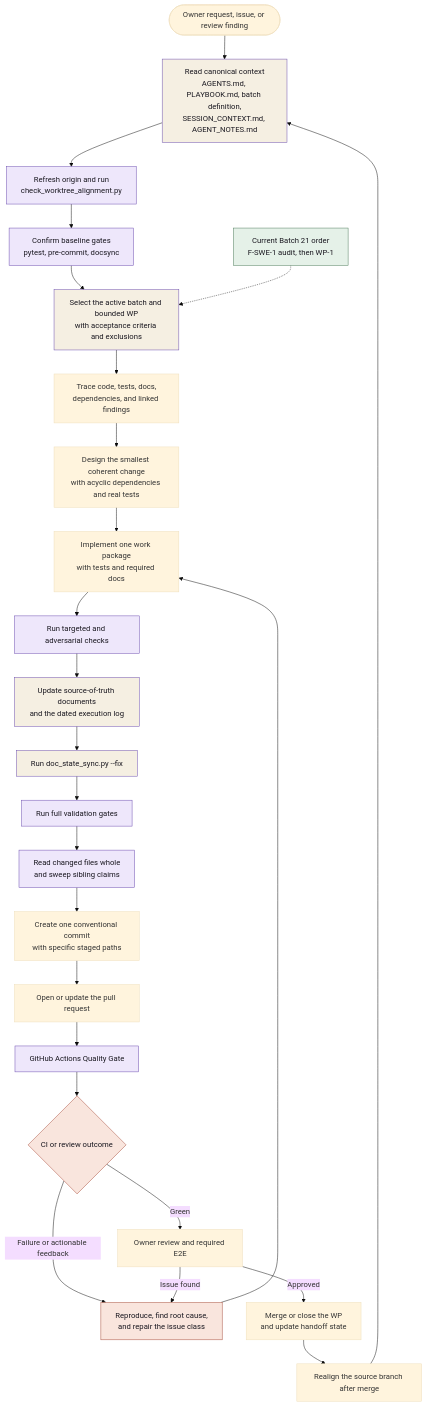
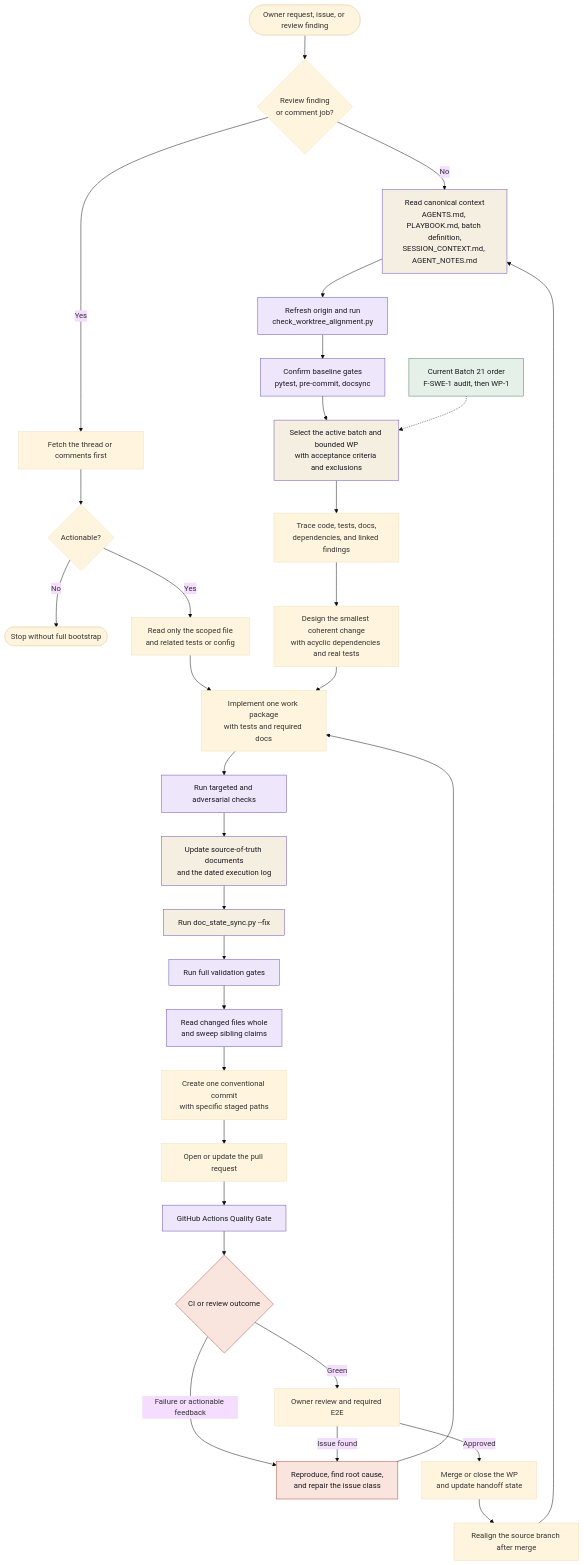
The diagram in docs/architecture/development-cycle.md (pterw/ScrobbleScope), drawn with Mermaid (base theme) before and after one commit. The commit also changed 3 other files, not shown here.

````diff
--- a/docs/architecture/development-cycle.md
+++ b/docs/architecture/development-cycle.md
@@ -7,37 +7,43 @@
 ```mermaid
 flowchart TD
-    Request([Owner request, issue, or review finding]) --> Context[Read canonical context<br/>AGENTS.md, PLAYBOOK.md, batch definition,<br/>SESSION_CONTEXT.md, AGENT_NOTES.md]
+    Request([Owner request, issue, or review finding]) --> Triage{Review finding<br/>or comment job?}
+    Triage -->|No| Context[Read canonical context<br/>AGENTS.md, PLAYBOOK.md, batch definition,<br/>SESSION_CONTEXT.md, AGENT_NOTES.md]
+    Triage -->|Yes| Fetch[Fetch the thread or comments first]
+    Fetch --> Actionable{Actionable?}
+    Actionable -->|No| Stop([Stop without full bootstrap])
+    Actionable -->|Yes| Scoped[Read only the scoped file<br/>and related tests or config]
+    Scoped --> Implement
     Context --> Align[Refresh origin and run<br/>check_worktree_alignment.py]
     Align --> Baseline[Confirm baseline gates<br/>pytest, pre-commit, docsync]
     Baseline --> Scope[Select the active batch and bounded WP<br/>with acceptance criteria and exclusions]
     Scope --> Explore[Trace code, tests, docs,<br/>dependencies, and linked findings]
     Explore --> Design[Design the smallest coherent change<br/>with acyclic dependencies and real tests]
     Design --> Implement[Implement one work package<br/>with tests and required docs]
     Implement --> Targeted[Run targeted and adversarial checks]
     Targeted --> Docs[Update source-of-truth documents<br/>and the dated execution log]
     Docs --> Sync[Run doc_state_sync.py --fix]
     Sync --> Gates[Run full validation gates]
     Gates --> SelfReview[Read changed files whole<br/>and sweep sibling claims]
     SelfReview --> Commit[Create one conventional commit<br/>with specific staged paths]
     Commit --> PR[Open or update the pull request]
     PR --> CI[GitHub Actions Quality Gate]
     CI --> Decision{CI or review outcome}
     Decision -->|Failure or actionable feedback| Diagnose[Reproduce, find root cause,<br/>and repair the issue class]
     Diagnose --> Implement
     Decision -->|Green| OwnerReview[Owner review and required E2E]
     OwnerReview -->|Issue found| Diagnose
     OwnerReview -->|Approved| Close[Merge or close the WP<br/>and update handoff state]
     Close --> Realign[Realign the source branch after merge]
     Realign --> Context
 
     Current[Current Batch 21 order<br/>F-SWE-1 audit, then WP-1] -.-> Scope
 
     classDef source fill:#f5efe2,stroke:#6a4baf,color:#1a1820
     classDef gate fill:#eee7fb,stroke:#6a4baf,color:#1a1820
     classDef feedback fill:#f9e5dd,stroke:#a64b39,color:#1a1820
     classDef current fill:#e5f1e8,stroke:#4d7a5a,color:#1a1820
     class Context,Scope,Docs,Sync source
     class Align,Baseline,Targeted,Gates,SelfReview,CI gate
     class Decision,Diagnose feedback
     class Current current
 ```
````
